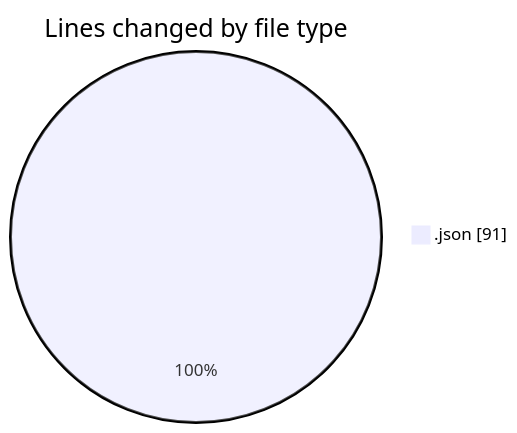
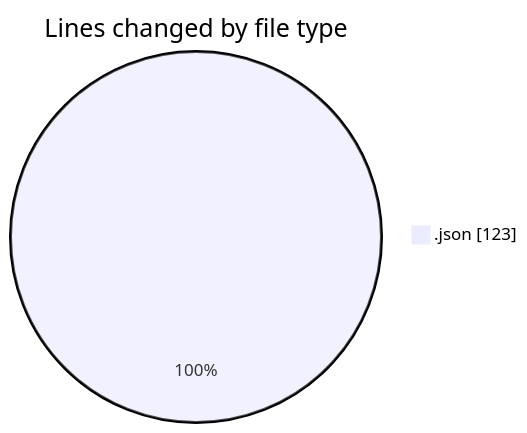
One commit to EIIisD/code-tracking changed the first of 2 diagrams in 2025-07-24/_claude/README.md. Above: the diagram before and after it, drawn with Mermaid. The commit also changed other lines of this file and 1 other file, not shown here.

````diff
--- a/2025-07-24/_claude/README.md
+++ b/2025-07-24/_claude/README.md
@@ -20,5 +20,5 @@
 ```mermaid
 pie showData
 title Lines changed by file type
-".json" : 91
+".json" : 123
 ```
````
